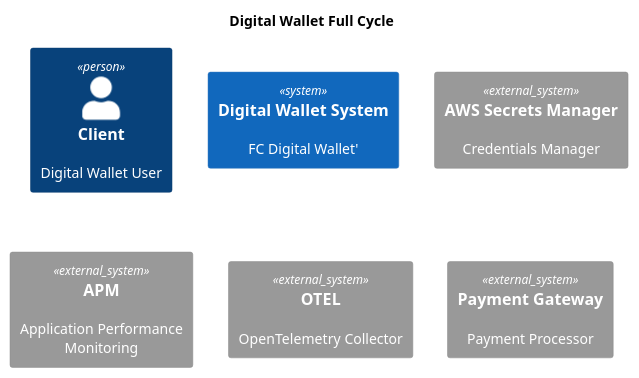
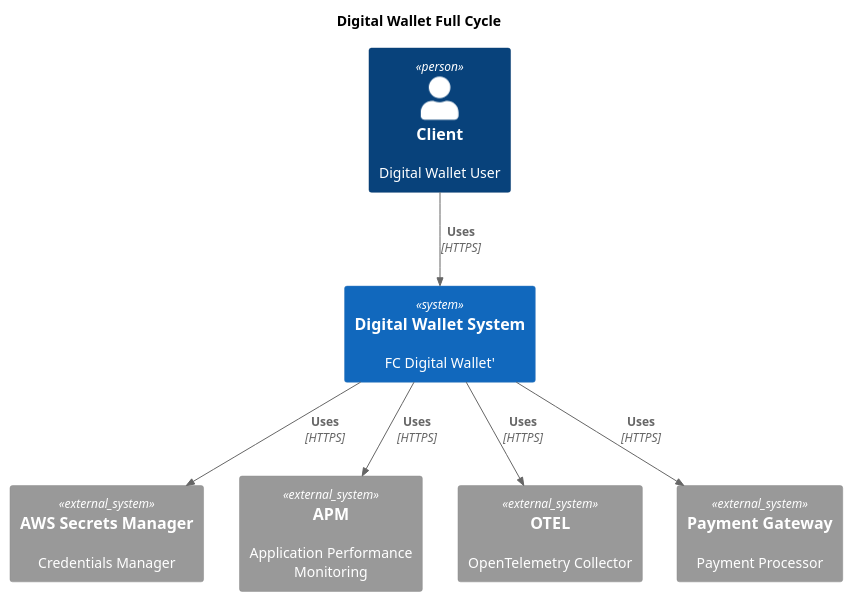
The diagram in teste.puml (Sergio-Pedretti/TestePlantUMLDiagram), drawn with PlantUML before and after one commit.

Commit message:
add DigitalWallet Relations to dependencies services

```diff
--- a/teste.puml
+++ b/teste.puml
@@ -1,15 +1,22 @@
 @startuml
 
  !include https://raw.githubusercontent.com/plantuml-stdlib/C4-PlantUML/master/C4_Container.puml
 
  title "Digital Wallet Full Cycle"
 
  Person(client, "Client", "Digital Wallet User")
 
- System(Wallet, "Digital Wallet System", "FC Digital Wallet'")
+ System(wallet, "Digital Wallet System", "FC Digital Wallet'")
 
  System_Ext(secret_manager, "AWS Secrets Manager", "Credentials Manager")
  System_Ext(apm, "APM", "Application Performance Monitoring")
  System_Ext(collect, "OTEL", "OpenTelemetry Collector")
  System_Ext(payment_gateway, "Payment Gateway", "Payment Processor")
+
+ Rel(client, wallet, "Uses", "HTTPS")
+ Rel(wallet, secret_manager, "Uses", "HTTPS")
+ Rel(wallet, apm, "Uses", "HTTPS")
+ Rel(wallet, collect, "Uses", "HTTPS")
+ Rel(wallet, payment_gateway, "Uses", "HTTPS")
+
 @enduml
```
